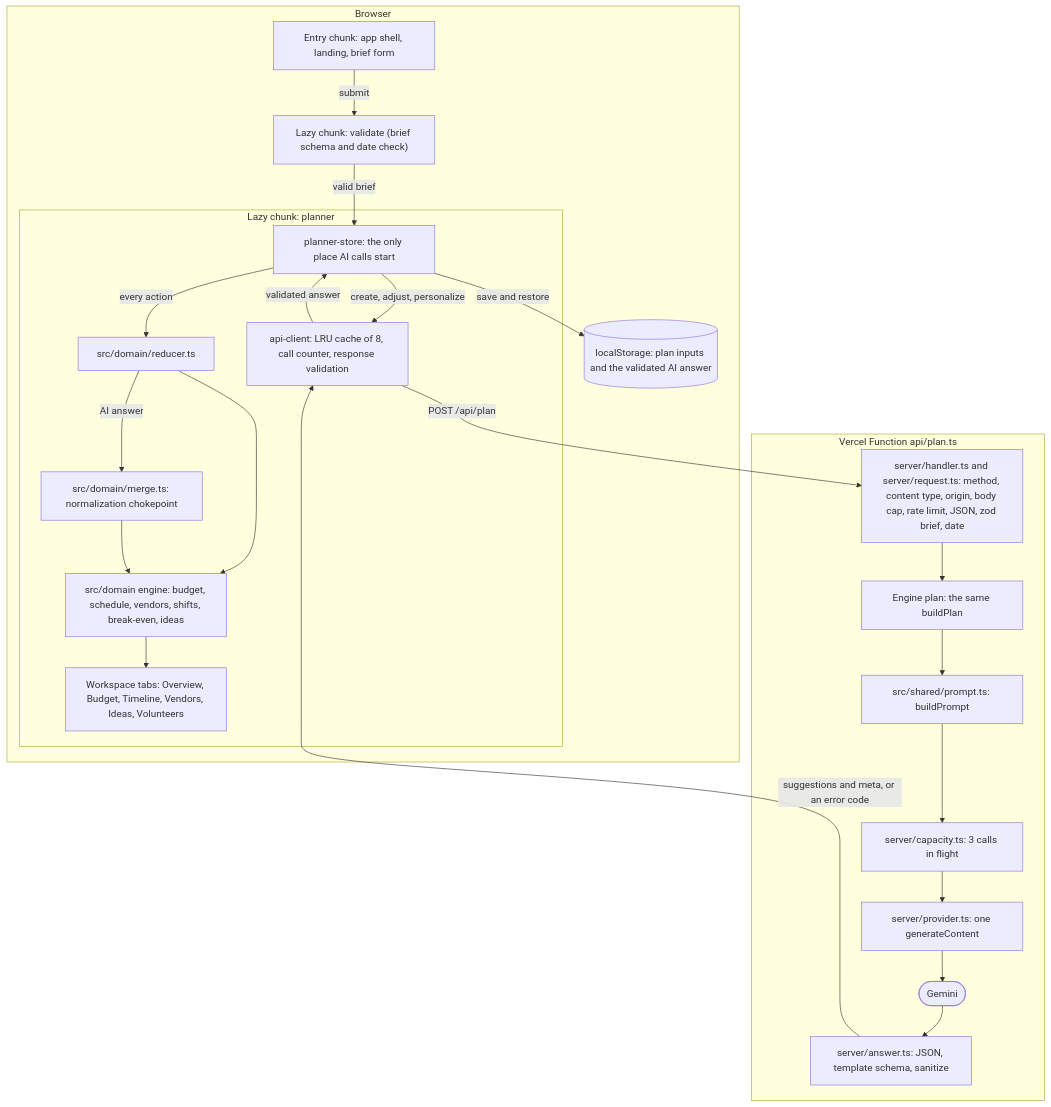
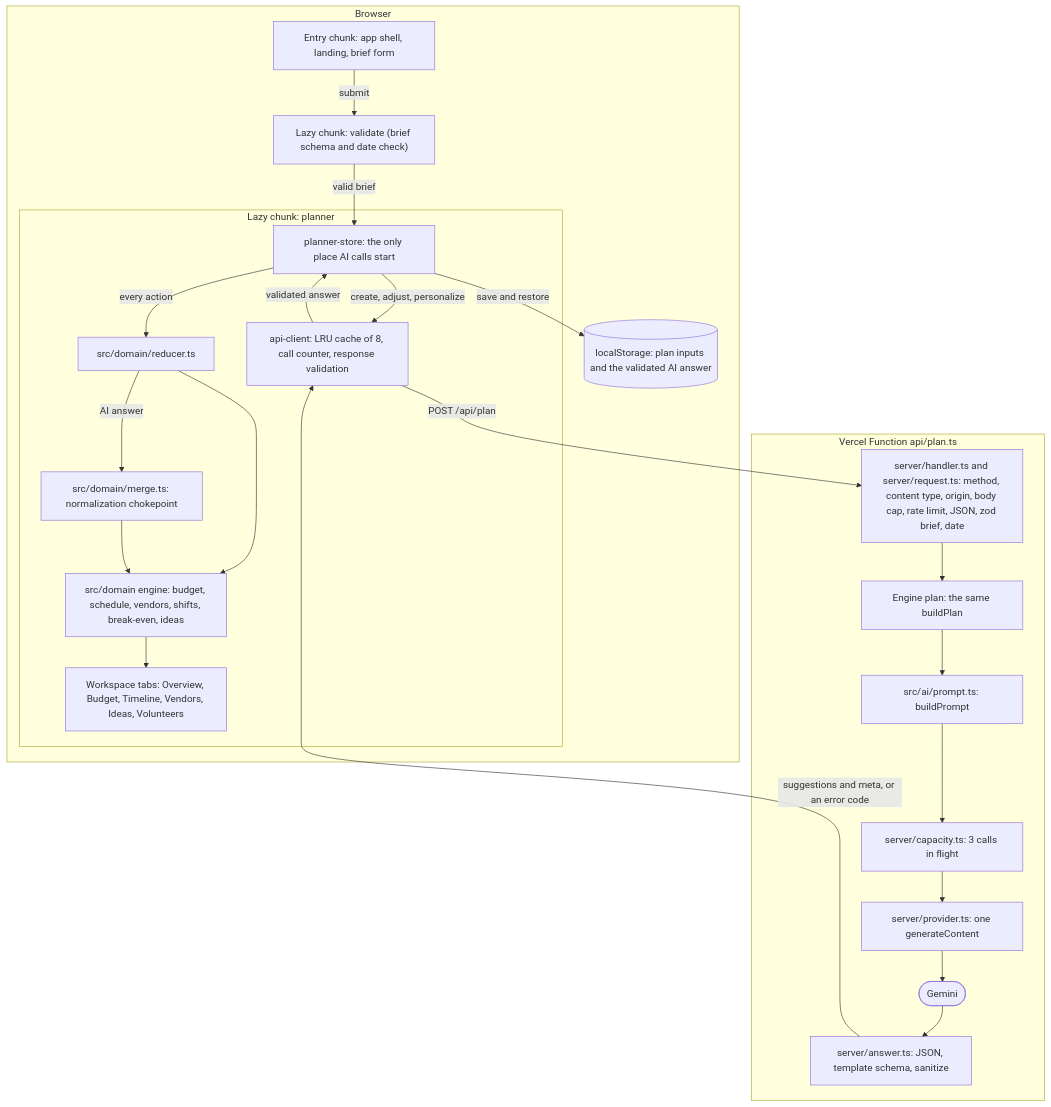
One commit to Auenchanters/gatherwise changed the diagram in docs/ARCHITECTURE.md. Above: the diagram before and after it, drawn with Mermaid. The commit also changed other lines of this file and 6 other files, not shown here.

````diff
--- a/docs/ARCHITECTURE.md
+++ b/docs/ARCHITECTURE.md
@@ -7,41 +7,41 @@
 ```mermaid
 flowchart TD
   subgraph Browser
     entry["Entry chunk: app shell, landing, brief form"]
     validate["Lazy chunk: validate (brief schema and date check)"]
     subgraph planner["Lazy chunk: planner"]
       store["planner-store: the only place AI calls start"]
       reducer["src/domain/reducer.ts"]
       engine["src/domain engine: budget, schedule, vendors, shifts, break-even, ideas"]
       merge["src/domain/merge.ts: normalization chokepoint"]
       tabs["Workspace tabs: Overview, Budget, Timeline, Vendors, Ideas, Volunteers"]
       client["api-client: LRU cache of 8, call counter, response validation"]
     end
     storage[("localStorage: plan inputs and the validated AI answer")]
   end
 
   subgraph Vercel["Vercel Function api/plan.ts"]
     gate["server/handler.ts and server/request.ts: method, content type, origin, body cap, rate limit, JSON, zod brief, date"]
     plan["Engine plan: the same buildPlan"]
-    prompt["src/shared/prompt.ts: buildPrompt"]
+    prompt["src/ai/prompt.ts: buildPrompt"]
     capacity["server/capacity.ts: 3 calls in flight"]
     provider["server/provider.ts: one generateContent"]
     gemini(["Gemini"])
     parse["server/answer.ts: JSON, template schema, sanitize"]
   end
 
   entry -->|submit| validate
   validate -->|valid brief| store
   store -->|every action| reducer
   reducer --> engine
   engine --> tabs
   store -->|save and restore| storage
   store -->|create, adjust, personalize| client
   client -->|POST /api/plan| gate
   gate --> plan --> prompt --> capacity --> provider --> gemini
   gemini --> parse
   parse -->|suggestions and meta, or an error code| client
   client -->|validated answer| store
   reducer -->|AI answer| merge
   merge --> engine
 ```
````
